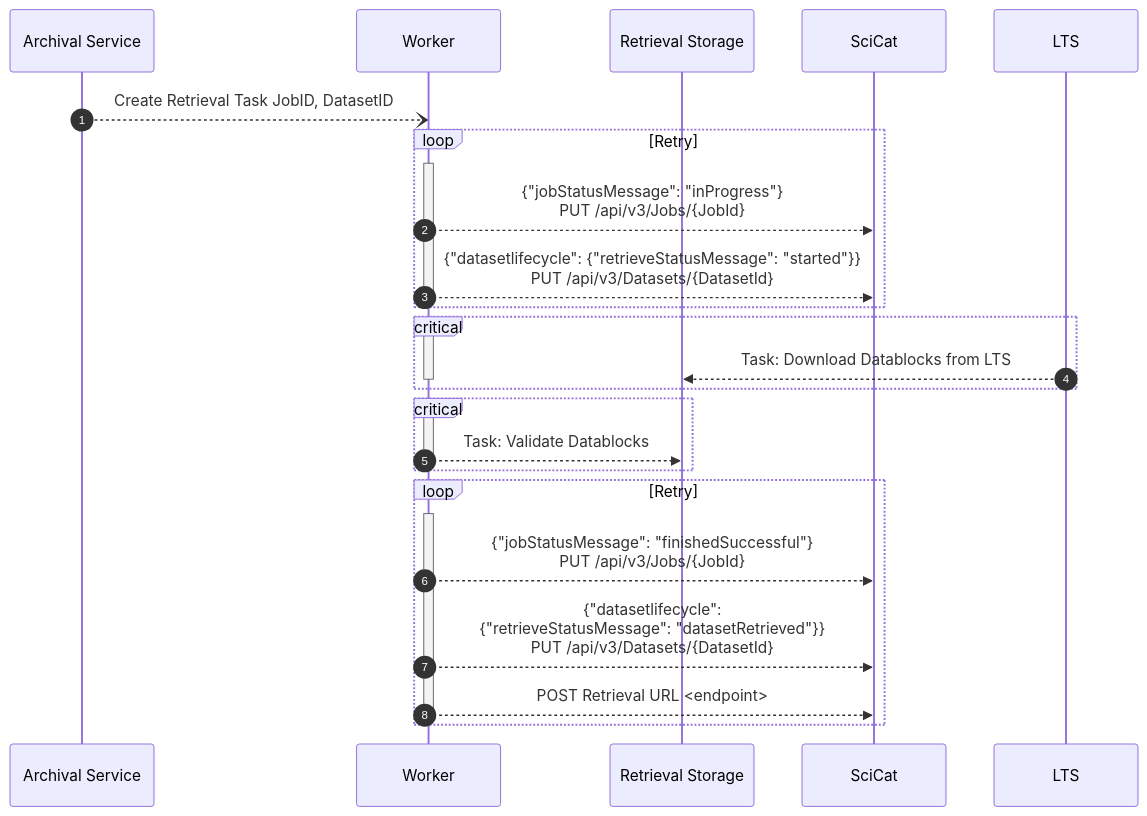
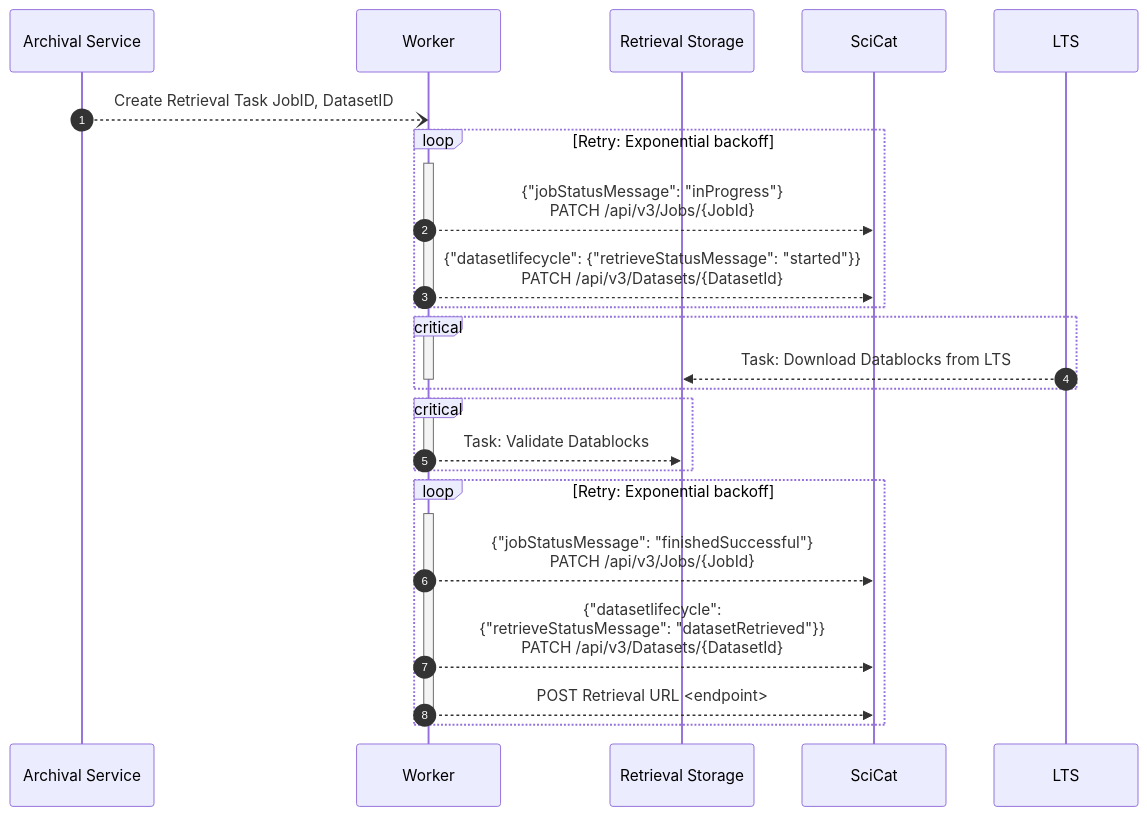
The third of 3 diagrams in backend/archiver/readMe.md (SwissOpenEM/ScopeMArchiver), drawn with Mermaid before and after one commit. The commit also changed other lines of this file, not shown here.

````diff
--- a/backend/archiver/readMe.md
+++ b/backend/archiver/readMe.md
@@ -124,35 +135,35 @@
 ```mermaid
 sequenceDiagram
   autonumber
   participant AS as Archival Service
   participant J as Worker
   participant R as Retrieval Storage
   participant S as SciCat
   participant LTS as LTS
 
   AS --) J: Create Retrieval Task JobID, DatasetID
-  loop Retry
+  loop Retry: Exponential backoff
     activate J
-      J -->> S: {"jobStatusMessage": "inProgress"}   <br> PUT /api/v3/Jobs/{JobId}
-      J -->> S: {"datasetlifecycle": {"retrieveStatusMessage": "started"}}   <br> PUT /api/v3/Datasets/{DatasetId}
+      J -->> S: {"jobStatusMessage": "inProgress"}   <br> PATCH /api/v3/Jobs/{JobId}
+      J -->> S: {"datasetlifecycle": {"retrieveStatusMessage": "started"}}   <br> PATCH /api/v3/Datasets/{DatasetId}
     deactivate J
   end
   critical
     activate J
     LTS -->> R: Task: Download Datablocks from LTS
     deactivate J
   end
   critical
     activate J
     J -->> R: Task: Validate Datablocks
     deactivate J
   end
-  loop Retry
+  loop Retry: Exponential backoff
     activate J
-    J -->> S: {"jobStatusMessage": "finishedSuccessful"}   <br> PUT /api/v3/Jobs/{JobId}
-    J -->> S: {"datasetlifecycle":<br> {"retrieveStatusMessage": "datasetRetrieved"}}<br> PUT /api/v3/Datasets/{DatasetId}
+    J -->> S: {"jobStatusMessage": "finishedSuccessful"}   <br> PATCH /api/v3/Jobs/{JobId}
+    J -->> S: {"datasetlifecycle":<br> {"retrieveStatusMessage": "datasetRetrieved"}}<br> PATCH /api/v3/Datasets/{DatasetId}
     J -->> S: POST Retrieval URL <endpoint>
     deactivate J
   end 
 
 ```
````
